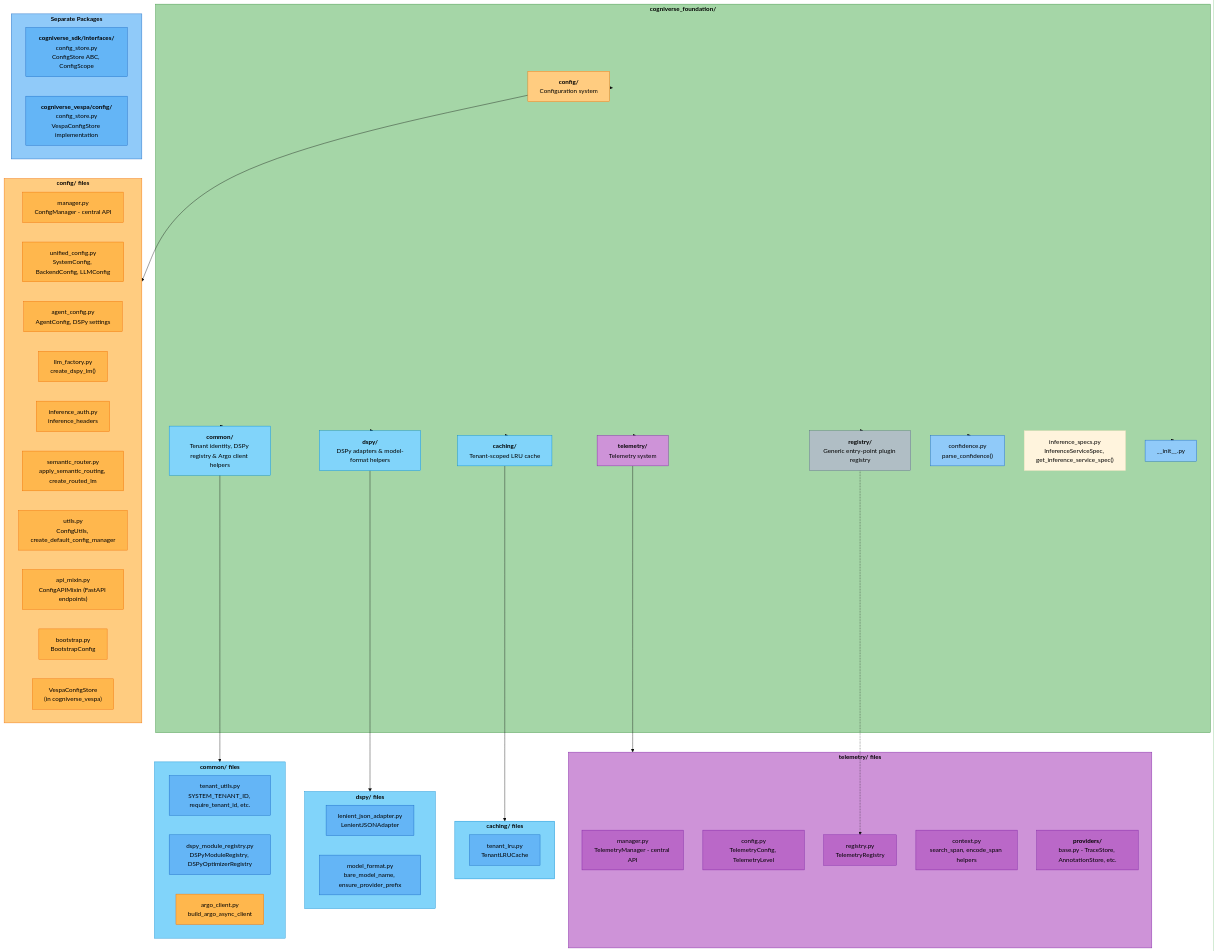
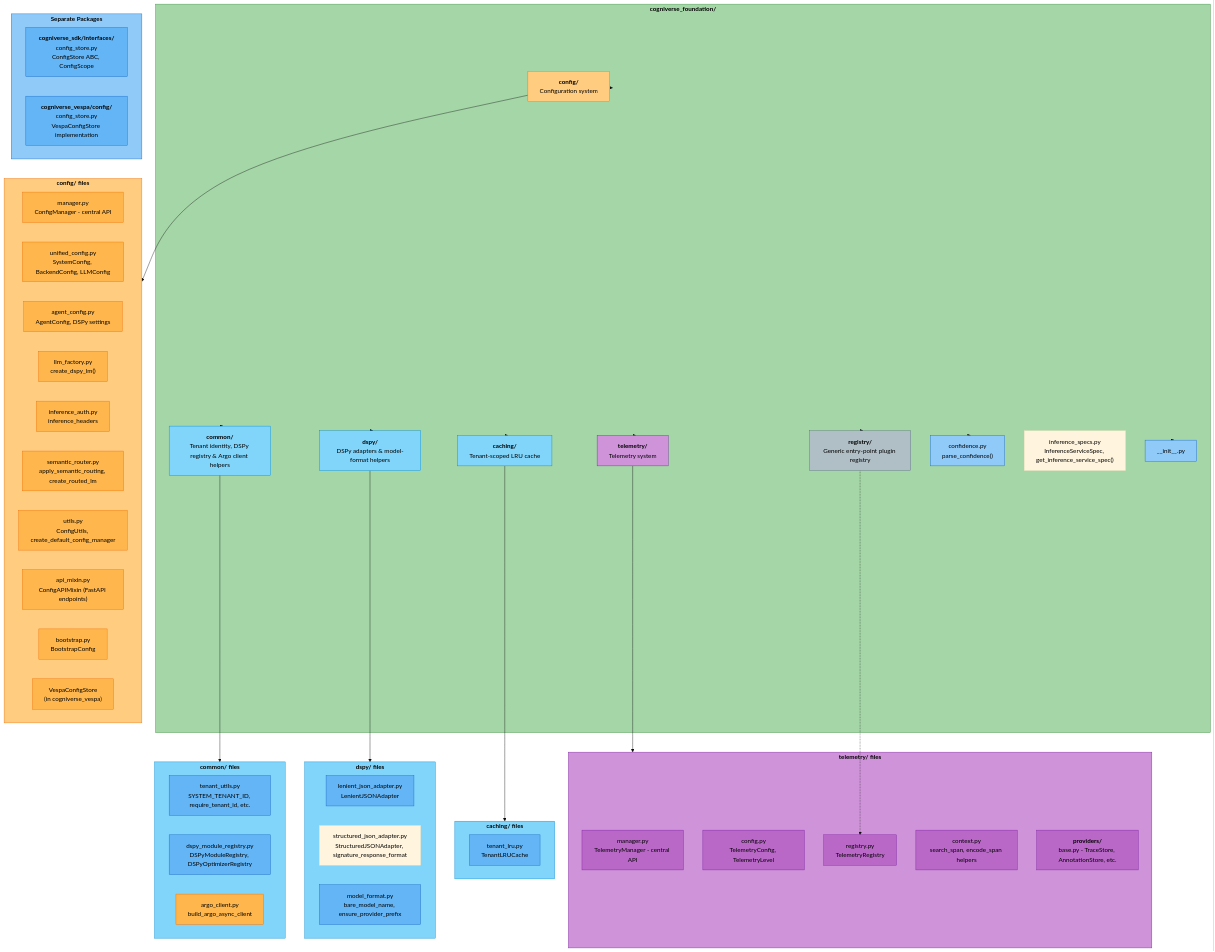
Before and after one commit to amit-jain/cogniverse: the first of 3 diagrams in docs/modules/foundation.md, drawn with Mermaid (base theme). The commit also changed other lines of this file and 7 other files, not shown here.

```diff
--- a/docs/modules/foundation.md
+++ b/docs/modules/foundation.md
@@ -88,6 +88,7 @@
 
     subgraph DspyFiles["<span style='color:#000'><b>dspy/ files</b></span>"]
         LenientAdapter["<span style='color:#000'>lenient_json_adapter.py<br/>LenientJSONAdapter</span>"]
+        StructuredAdapter["<span style='color:#000'>structured_json_adapter.py<br/>StructuredJSONAdapter, signature_response_format</span>"]
         ModelFormat["<span style='color:#000'>model_format.py<br/>bare_model_name, ensure_provider_prefix</span>"]
     end
 
```
